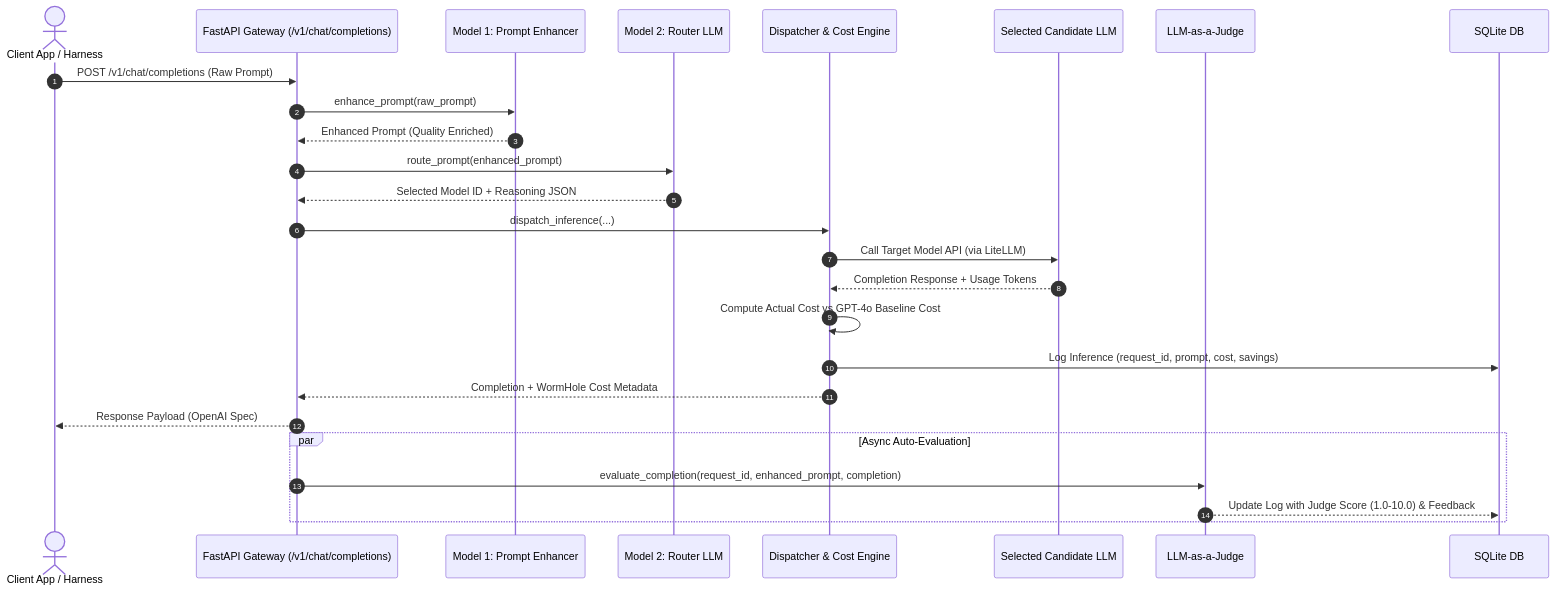
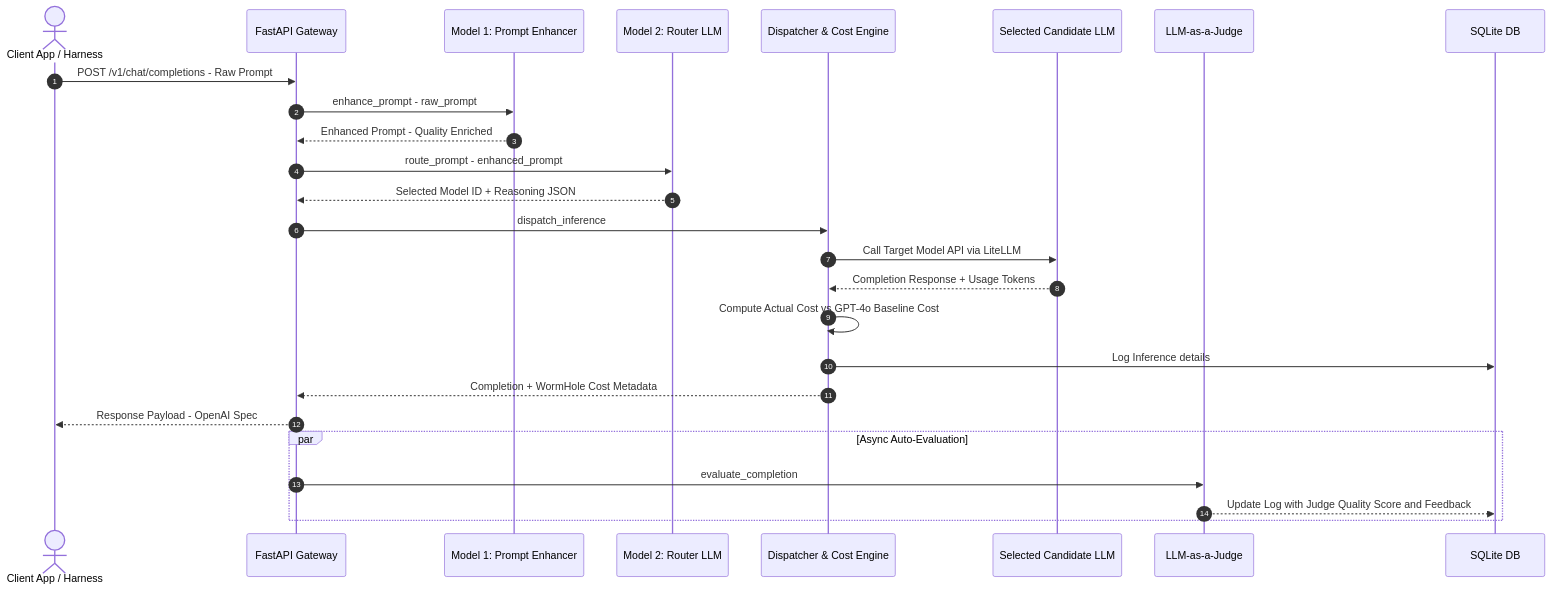
Before and after one commit to vencat2025/Wormhole: the diagram in ARCHITECTURE.md, drawn with Mermaid. The commit also changed 1 other file, not shown here.

Commit message:
fix: resolve GitHub Mermaid parser error by quoting edge labels

````diff
--- a/ARCHITECTURE.md
+++ b/ARCHITECTURE.md
@@ -9,30 +9,30 @@
 ```mermaid
 sequenceDiagram
     autonumber
     actor Client as Client App / Harness
-    participant Gateway as FastAPI Gateway (/v1/chat/completions)
+    participant Gateway as FastAPI Gateway
     participant Enhancer as Model 1: Prompt Enhancer
     participant Router as Model 2: Router LLM
     participant Dispatcher as Dispatcher & Cost Engine
     participant Target as Selected Candidate LLM
     participant Judge as LLM-as-a-Judge
     participant DB as SQLite DB
 
-    Client->>Gateway: POST /v1/chat/completions (Raw Prompt)
-    Gateway->>Enhancer: enhance_prompt(raw_prompt)
-    Enhancer-->>Gateway: Enhanced Prompt (Quality Enriched)
-    Gateway->>Router: route_prompt(enhanced_prompt)
+    Client->>Gateway: POST /v1/chat/completions - Raw Prompt
+    Gateway->>Enhancer: enhance_prompt - raw_prompt
+    Enhancer-->>Gateway: Enhanced Prompt - Quality Enriched
+    Gateway->>Router: route_prompt - enhanced_prompt
     Router-->>Gateway: Selected Model ID + Reasoning JSON
-    Gateway->>Dispatcher: dispatch_inference(...)
-    Dispatcher->>Target: Call Target Model API (via LiteLLM)
+    Gateway->>Dispatcher: dispatch_inference
+    Dispatcher->>Target: Call Target Model API via LiteLLM
     Target-->>Dispatcher: Completion Response + Usage Tokens
     Dispatcher->>Dispatcher: Compute Actual Cost vs GPT-4o Baseline Cost
-    Dispatcher->>DB: Log Inference (request_id, prompt, cost, savings)
+    Dispatcher->>DB: Log Inference details
     Dispatcher-->>Gateway: Completion + WormHole Cost Metadata
-    Gateway-->>Client: Response Payload (OpenAI Spec)
+    Gateway-->>Client: Response Payload - OpenAI Spec
     
     par Async Auto-Evaluation
-        Gateway->>Judge: evaluate_completion(request_id, enhanced_prompt, completion)
-        Judge-->>DB: Update Log with Judge Score (1.0-10.0) & Feedback
+        Gateway->>Judge: evaluate_completion
+        Judge-->>DB: Update Log with Judge Quality Score and Feedback
     end
 ```
````
